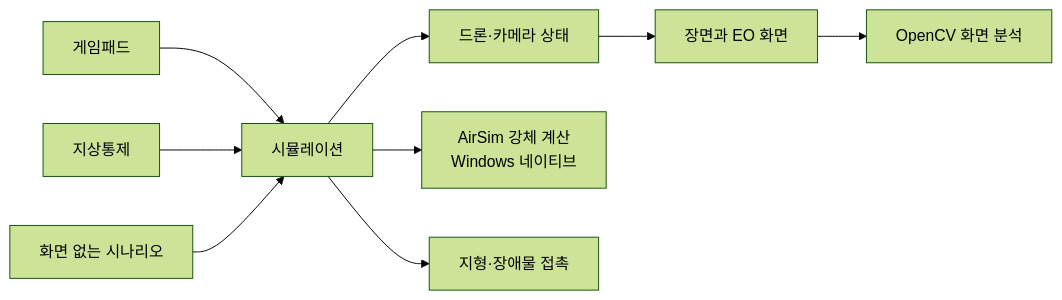
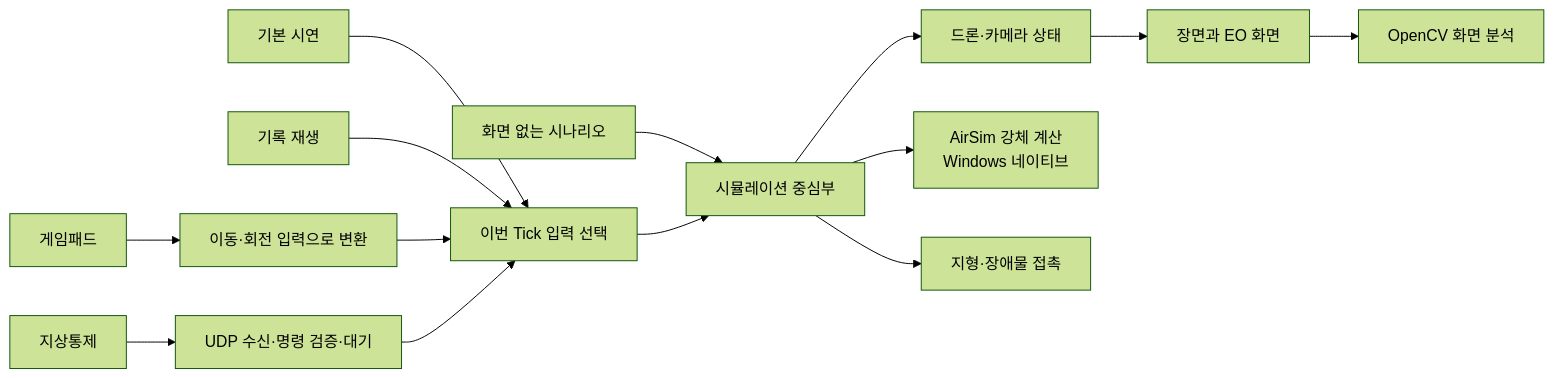
One commit to cgantro/DroneSim changed the first of 3 diagrams in docs/public/기술검토.md. Above: the diagram before and after it, drawn with Mermaid (forest theme). The commit also changed other lines of this file, not shown here.

Commit message:
docs: clarify simulator input flow

````diff
--- a/docs/public/기술검토.md
+++ b/docs/public/기술검토.md
@@ -9,11 +9,16 @@
 ```mermaid
 flowchart LR
-    Gamepad[게임패드] --> Core[시뮬레이션]
-    GCS[지상통제] --> Core
-    Scenario[화면 없는 시나리오] --> Core
+    Gamepad[게임패드] --> Map[이동·회전 입력으로 변환]
+    GCS[지상통제] --> UDP[UDP 수신·명령 검증·대기]
+    Demo[기본 시연] --> Select[이번 Tick 입력 선택]
+    Replay[기록 재생] --> Select
+    Map --> Select
+    UDP --> Select
+    Scenario[화면 없는 시나리오] --> Core[시뮬레이션 중심부]
+    Select --> Core
     Core --> State[드론·카메라 상태]
     Core --> AirSim[AirSim 강체 계산<br/>Windows 네이티브]
     Core --> Terrain[지형·장애물 접촉]
     State --> Render[장면과 EO 화면]
     Render --> Vision[OpenCV 화면 분석]
 ```
````
